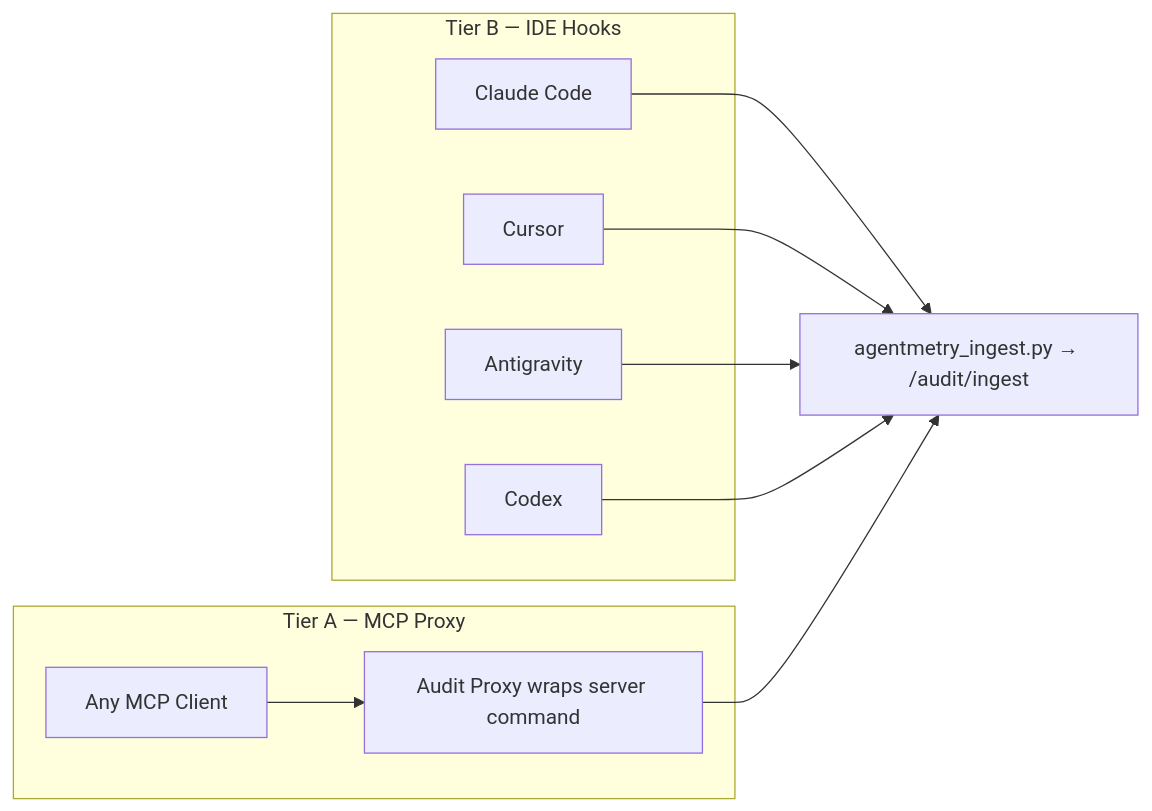
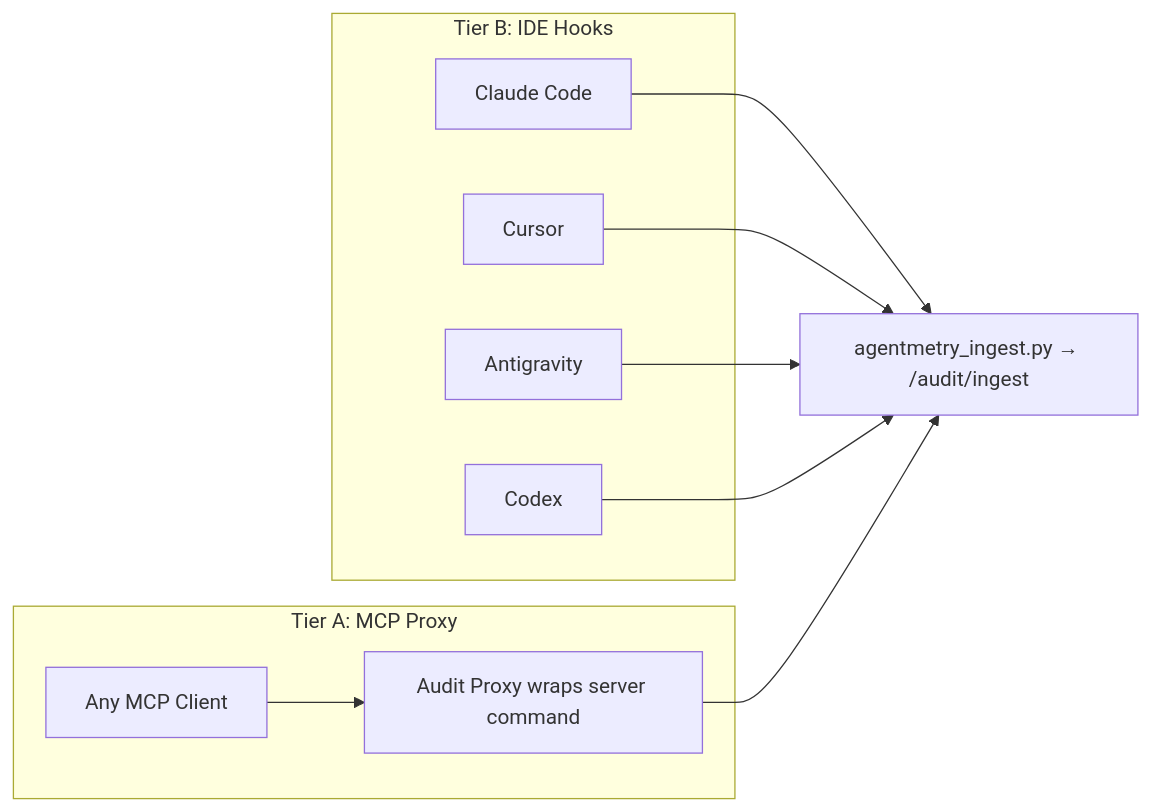
Before and after one commit to blitzcrieg1/agentmetry: the second of 3 diagrams in README.md, drawn with Mermaid. The commit also changed other lines of this file, not shown here.

````diff
--- a/README.md
+++ b/README.md
@@ -300,22 +298,22 @@
 ```mermaid
 flowchart LR
-  subgraph TierB["Tier B — IDE Hooks"]
+  subgraph TierB["Tier B: IDE Hooks"]
     CL["Claude Code"]
     C["Cursor"]
     AG["Antigravity"]
     CX["Codex"]
   end
 
-  subgraph TierA["Tier A — MCP Proxy"]
+  subgraph TierA["Tier A: MCP Proxy"]
     MCP["Any MCP Client"]
     WRAP["Audit Proxy wraps server command"]
   end
 
   INGEST["agentmetry_ingest.py → /audit/ingest"]
 
   CL --> INGEST
   C --> INGEST
   AG --> INGEST
   CX --> INGEST
   MCP --> WRAP --> INGEST
 ```
````
